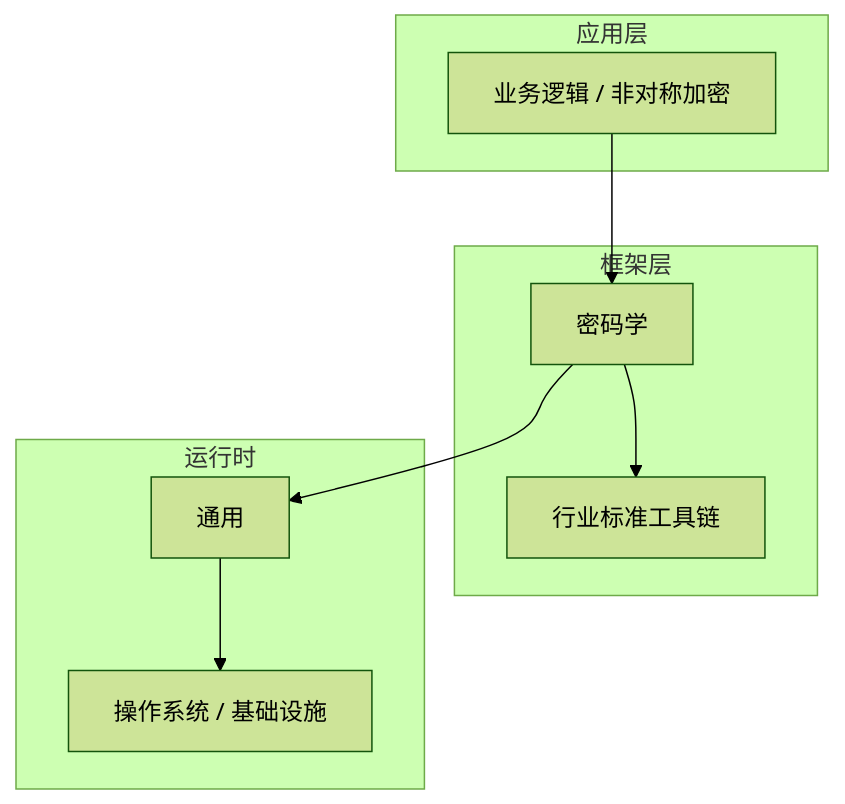
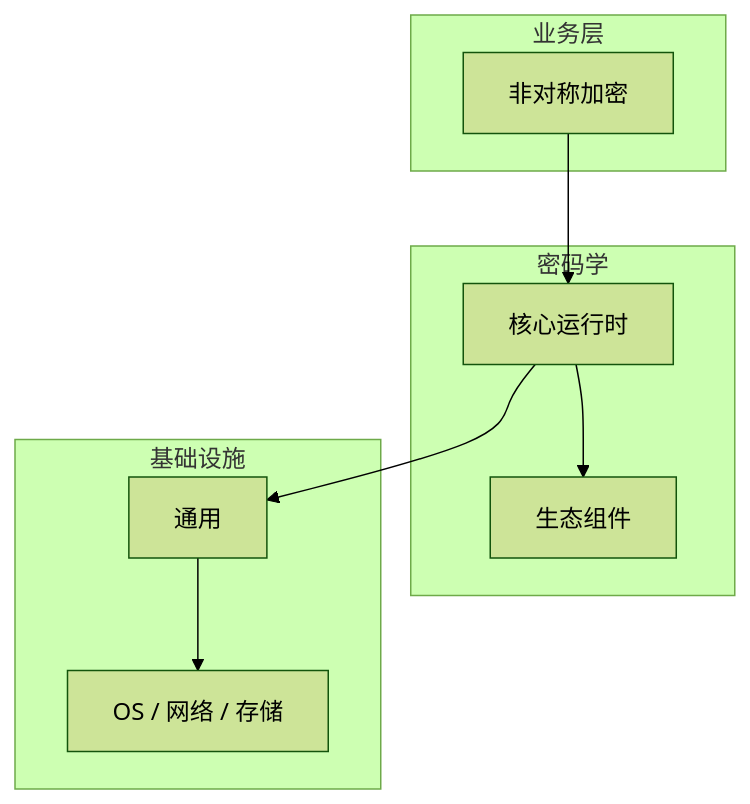
Before and after one commit to yanggan2015/knowledge-json-v2: the diagram in articles/密码学/chapters/021-非对称加密核心概念与原理.md, drawn with Mermaid (forest theme). The commit also changed other lines of this file and 10127 other files, not shown here.

````diff
--- a/articles/密码学/chapters/021-非对称加密核心概念与原理.md
+++ b/articles/密码学/chapters/021-非对称加密核心概念与原理.md
@@ -46,18 +31,18 @@
 ```mermaid
 graph TB
-    subgraph 应用层
-        A[业务逻辑 / 非对称加密]
+    subgraph 业务层
+        A[非对称加密]
     end
-    subgraph 框架层
-        B[密码学]
-        C[行业标准工具链]
+    subgraph 密码学
+        B[核心运行时]
+        C[生态组件]
     end
-    subgraph 运行时
+    subgraph 基础设施
         D[通用]
-        E[操作系统 / 基础设施]
+        E[OS / 网络 / 存储]
     end
     A --> B
     B --> C
     B --> D
     D --> E
 ```
````
